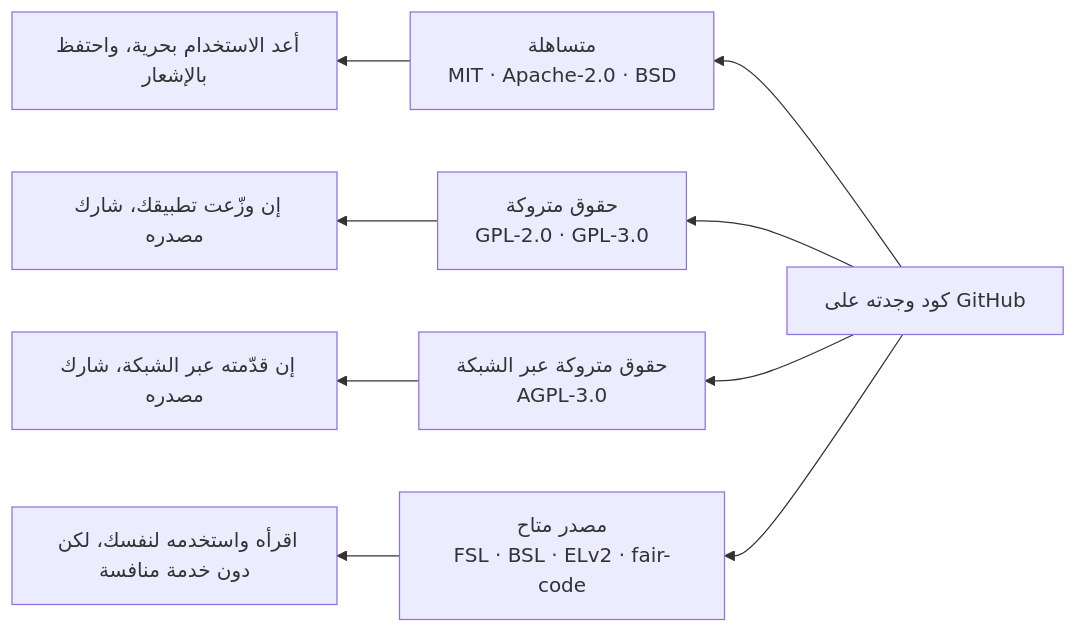
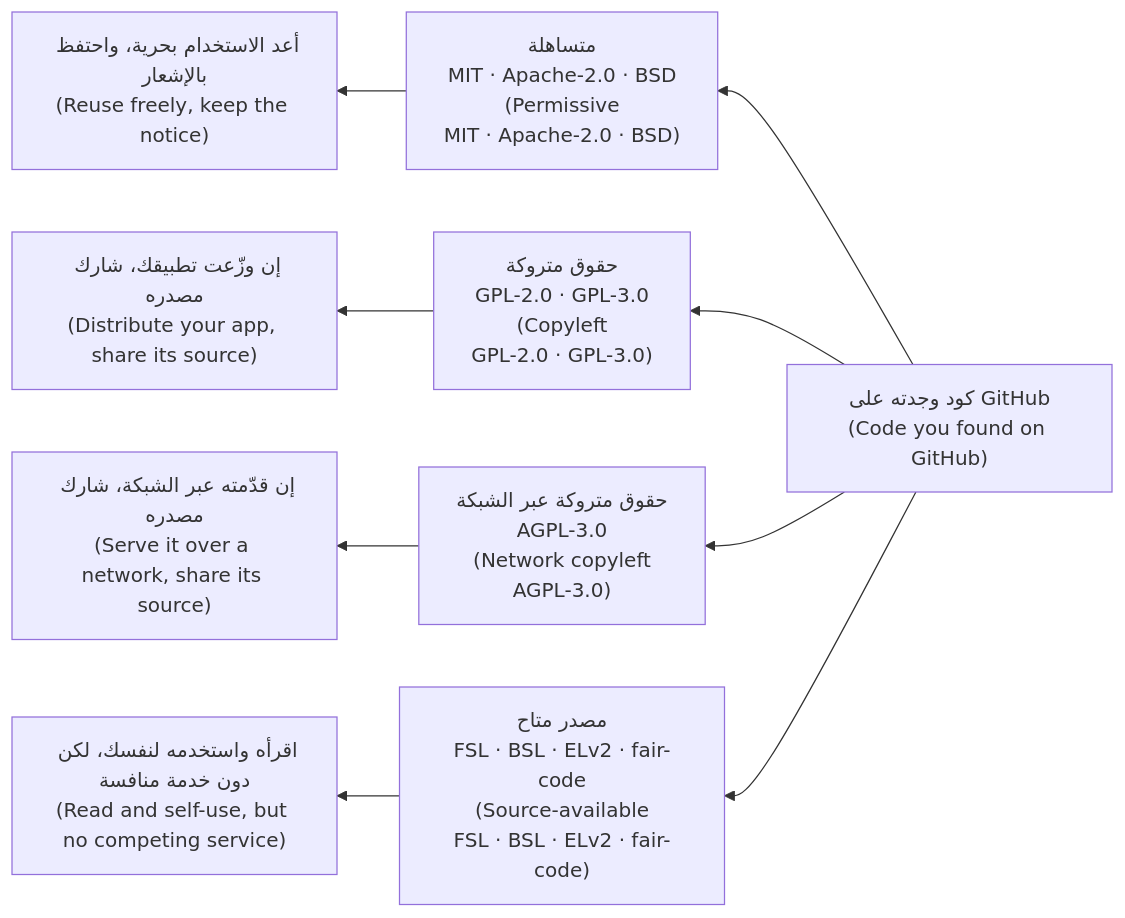
The fourth of 4 diagrams in saas/modules/00-orientation.ar.md (Tamoura/system-design-for-vibe-coders), drawn with Mermaid before and after one commit. The commit also changed other lines of this file and 62 other files, not shown here.

First line of the commit message:
Arabic editions: English on every diagram label, RTL fixes, rebuild

````diff
--- a/saas/modules/00-orientation.ar.md
+++ b/saas/modules/00-orientation.ar.md
@@ -630,11 +630,11 @@
 ```mermaid
 flowchart RL
-    CODE["كود وجدته على GitHub"] --> PERM["متساهلة<br/>MIT · Apache-2.0 · BSD"]
-    CODE --> COPY["حقوق متروكة<br/>GPL-2.0 · GPL-3.0"]
-    CODE --> NET["حقوق متروكة عبر الشبكة<br/>AGPL-3.0"]
-    CODE --> SA["مصدر متاح<br/>FSL · BSL · ELv2 · fair-code"]
-    PERM --> P1["أعد الاستخدام بحرية، واحتفظ بالإشعار"]
-    COPY --> C1["إن وزّعت تطبيقك، شارك مصدره"]
-    NET --> N1["إن قدّمته عبر الشبكة، شارك مصدره"]
-    SA --> S1["اقرأه واستخدمه لنفسك، لكن دون خدمة منافسة"]
+    CODE["كود وجدته على GitHub<br/>(Code you found on GitHub)"] --> PERM["متساهلة<br/>MIT · Apache-2.0 · BSD<br/>(Permissive<br/>MIT · Apache-2.0 · BSD)"]
+    CODE --> COPY["حقوق متروكة<br/>GPL-2.0 · GPL-3.0<br/>(Copyleft<br/>GPL-2.0 · GPL-3.0)"]
+    CODE --> NET["حقوق متروكة عبر الشبكة<br/>AGPL-3.0<br/>(Network copyleft<br/>AGPL-3.0)"]
+    CODE --> SA["مصدر متاح<br/>FSL · BSL · ELv2 · fair-code<br/>(Source-available<br/>FSL · BSL · ELv2 · fair-code)"]
+    PERM --> P1["أعد الاستخدام بحرية، واحتفظ بالإشعار<br/>(Reuse freely, keep the notice)"]
+    COPY --> C1["إن وزّعت تطبيقك، شارك مصدره<br/>(Distribute your app, share its source)"]
+    NET --> N1["إن قدّمته عبر الشبكة، شارك مصدره<br/>(Serve it over a network, share its source)"]
+    SA --> S1["اقرأه واستخدمه لنفسك، لكن دون خدمة منافسة<br/>(Read and self-use, but no competing service)"]
 ```
````
